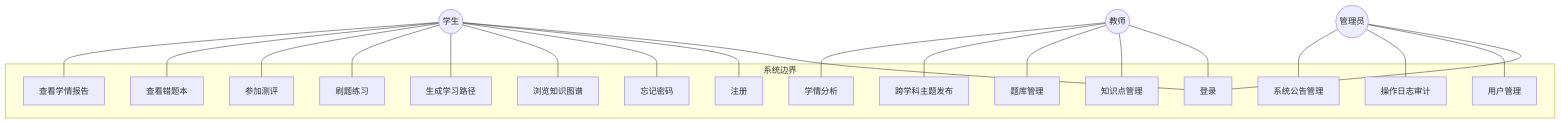
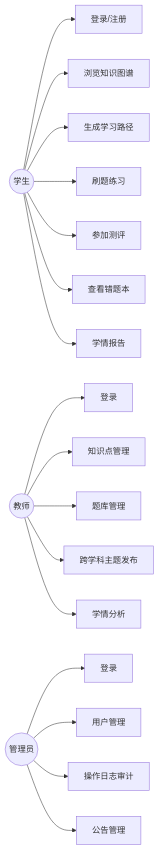
Before and after one commit to blossom-rt/kg-intelligent-tutoring-system: the first of 8 diagrams in docs/diagrams.md, drawn with Mermaid. The commit also changed other lines of this file, not shown here.

Commit message:
docs: 图表改为横向布局适配报告排版

````diff
--- a/docs/diagrams.md
+++ b/docs/diagrams.md
@@ -5,46 +5,21 @@
 ```mermaid
-graph TB
-    subgraph 系统边界
-        A[登录]
-        B[注册]
-        C[忘记密码]
-        D[浏览知识图谱]
-        E[生成学习路径]
-        F[刷题练习]
-        G[参加测评]
-        H[查看错题本]
-        I[查看学情报告]
-        J[知识点管理]
-        K[题库管理]
-        L[跨学科主题发布]
-        M[学情分析]
-        N[用户管理]
-        O[操作日志审计]
-        P[系统公告管理]
-    end
+graph LR
+    Student((学生)) --> A1[登录/注册]
+    Student --> A2[浏览知识图谱]
+    Student --> A3[生成学习路径]
+    Student --> A4[刷题练习]
+    Student --> A5[参加测评]
+    Student --> A6[查看错题本]
+    Student --> A7[学情报告]
 
-    Student((学生))
-    Teacher((教师))
-    Admin((管理员))
+    Teacher((教师)) --> B1[登录]
+    Teacher --> B2[知识点管理]
+    Teacher --> B3[题库管理]
+    Teacher --> B4[跨学科主题发布]
+    Teacher --> B5[学情分析]
 
-    Admin --- A
-    Admin --- N
-    Admin --- O
-    Admin --- P
-
-    Student --- A
-    Student --- B
-    Student --- C
-    Student --- D
-    Student --- E
-    Student --- F
-    Student --- G
-    Student --- H
-    Student --- I
-
-    Teacher --- A
-    Teacher --- J
-    Teacher --- K
-    Teacher --- L
-    Teacher --- M
+    Admin((管理员)) --> C1[登录]
+    Admin --> C2[用户管理]
+    Admin --> C3[操作日志审计]
+    Admin --> C4[公告管理]
 ```
````
